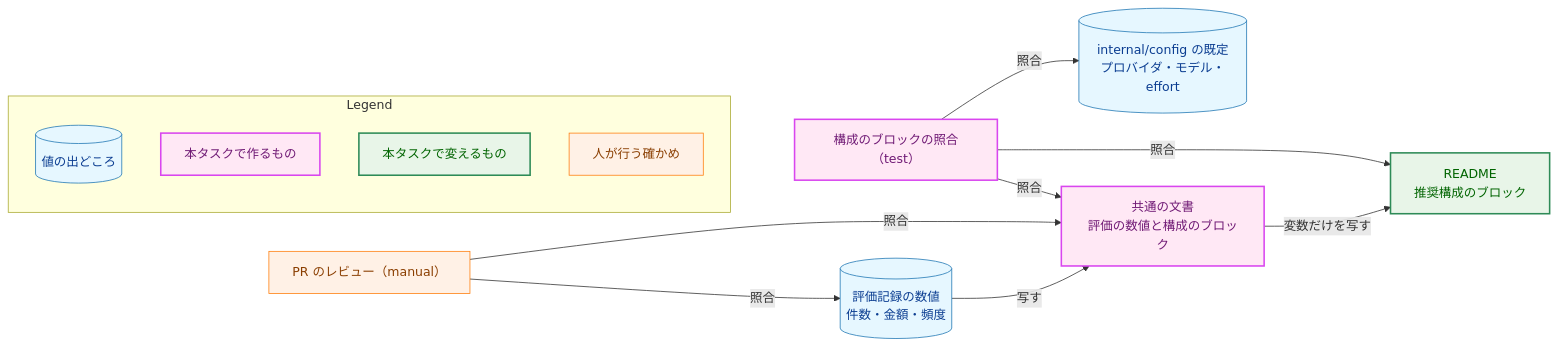
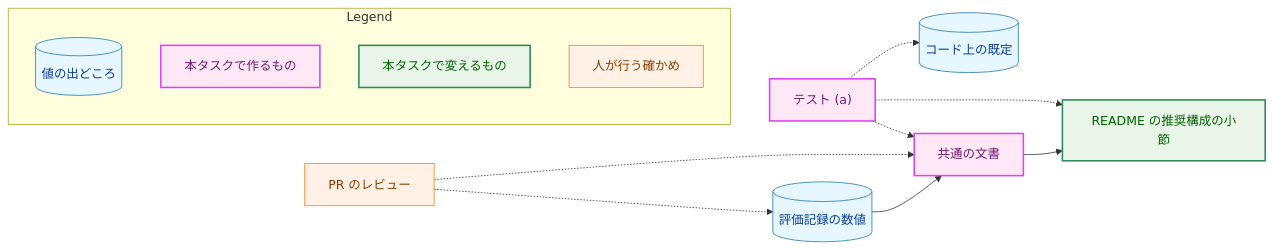
Before and after one commit to isseis/yt2column: the third of 4 diagrams in docs/tasks/0040_production_profile/02_architecture.md, drawn with Mermaid. The commit also changed other lines of this file, not shown here.

First line of the commit message:
docs(0040): address the architecture review and polish the Japanese prose

````diff
--- a/docs/tasks/0040_production_profile/02_architecture.md
+++ b/docs/tasks/0040_production_profile/02_architecture.md
@@ -183,39 +189,38 @@
 ```mermaid
 flowchart LR
     classDef data fill:#e6f7ff,stroke:#1f77b4,stroke-width:1px,color:#0b3d91;
     classDef process fill:#fff1e6,stroke:#ff7f0e,stroke-width:1px,color:#8a3e00;
     classDef enhanced fill:#e8f5e8,stroke:#2e8b57,stroke-width:2px,color:#006400;
     classDef newpkg fill:#ffe8f5,stroke:#d946ef,stroke-width:2px,color:#701a75;
 
-    EV[("評価記録の数値<br>件数・金額・頻度")]
-    DEF[("internal/config の既定<br>プロバイダ・モデル・effort")]
-    PPV["共通の文書<br>評価の数値と構成のブロック"]
-    RMV["README<br>推奨構成のブロック"]
-    REV["PR のレビュー（manual）"]
-    T1["構成のブロックの照合（test）"]
+    EV[("評価記録の数値")]
+    DEF[("コード上の既定")]
+    PPV["共通の文書"]
+    RMV["README の推奨構成の小節"]
+    REV["PR のレビュー"]
+    TA["テスト (a)"]
 
-    EV -->|"写す"| PPV
-    PPV -->|"変数だけを写す"| RMV
-    REV -->|"照合"| EV
-    REV -->|"照合"| PPV
-    T1 -->|"照合"| DEF
-    T1 -->|"照合"| PPV
-    T1 -->|"照合"| RMV
+    EV --> PPV
+    PPV --> RMV
+    REV -.-> EV
+    REV -.-> PPV
+    TA -.-> DEF
+    TA -.-> PPV
+    TA -.-> RMV
 
     class EV,DEF data
-    class PPV newpkg
+    class PPV,TA newpkg
     class RMV enhanced
     class REV process
-    class T1 newpkg
 
     subgraph Legend["Legend"]
         L1[("値の出どころ")]
         L2["本タスクで作るもの"]
         L3["本タスクで変えるもの"]
         L4["人が行う確かめ"]
     end
     class L1 data
     class L2 newpkg
     class L3 enhanced
     class L4 process
 ```
````
